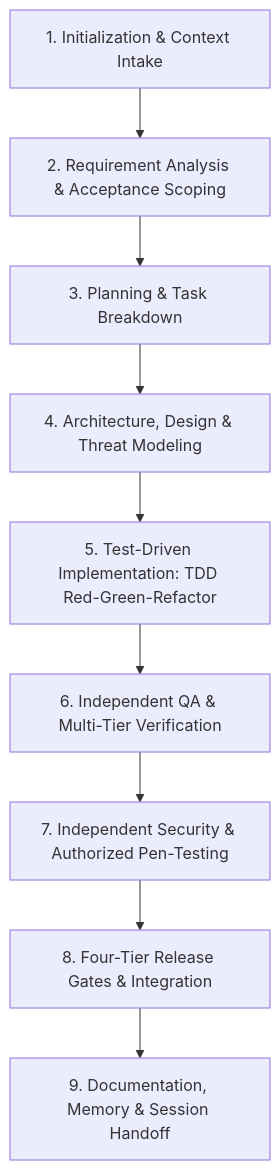
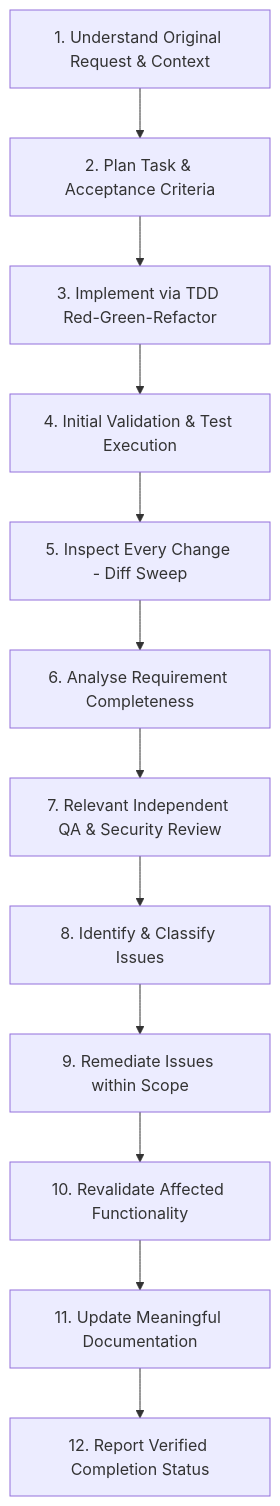
Before and after one commit to Script-By-Lin/Universal-Markdown-Skills-Framework: the diagram in WORKFLOW.md, drawn with Mermaid. The commit also changed other lines of this file and 13 other files, not shown here.

````diff
--- a/WORKFLOW.md
+++ b/WORKFLOW.md
@@ -14,11 +14,14 @@
 ```mermaid
 flowchart TD
-    W1[1. Initialization & Context Intake] --> W2[2. Requirement Analysis & Acceptance Scoping]
-    W2 --> W3[3. Planning & Task Breakdown]
-    W3 --> W4[4. Architecture, Design & Threat Modeling]
-    W4 --> W5[5. Test-Driven Implementation: TDD Red-Green-Refactor]
-    W5 --> W6[6. Independent QA & Multi-Tier Verification]
-    W6 --> W7[7. Independent Security & Authorized Pen-Testing]
-    W7 --> W8[8. Four-Tier Release Gates & Integration]
-    W8 --> W9[9. Documentation, Memory & Session Handoff]
+    W1[1. Understand Original Request & Context] --> W2[2. Plan Task & Acceptance Criteria]
+    W2 --> W3[3. Implement via TDD Red-Green-Refactor]
+    W3 --> W4[4. Initial Validation & Test Execution]
+    W4 --> W5[5. Inspect Every Change - Diff Sweep]
+    W5 --> W6[6. Analyse Requirement Completeness]
+    W6 --> W7[7. Relevant Independent QA & Security Review]
+    W7 --> W8[8. Identify & Classify Issues]
+    W8 --> W9[9. Remediate Issues within Scope]
+    W9 --> W10[10. Revalidate Affected Functionality]
+    W10 --> W11[11. Update Meaningful Documentation]
+    W11 --> W12[12. Report Verified Completion Status]
 ```
````
